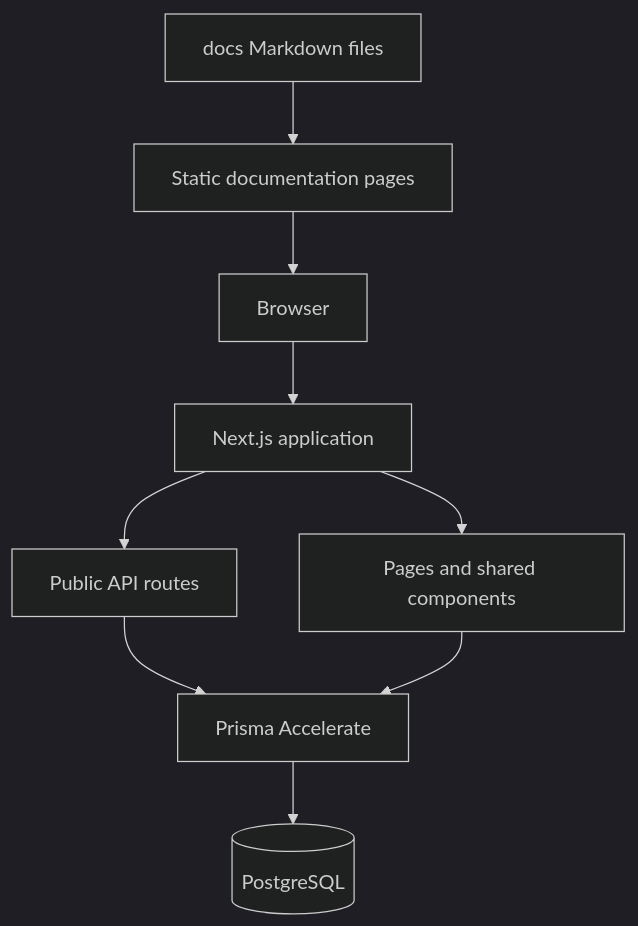
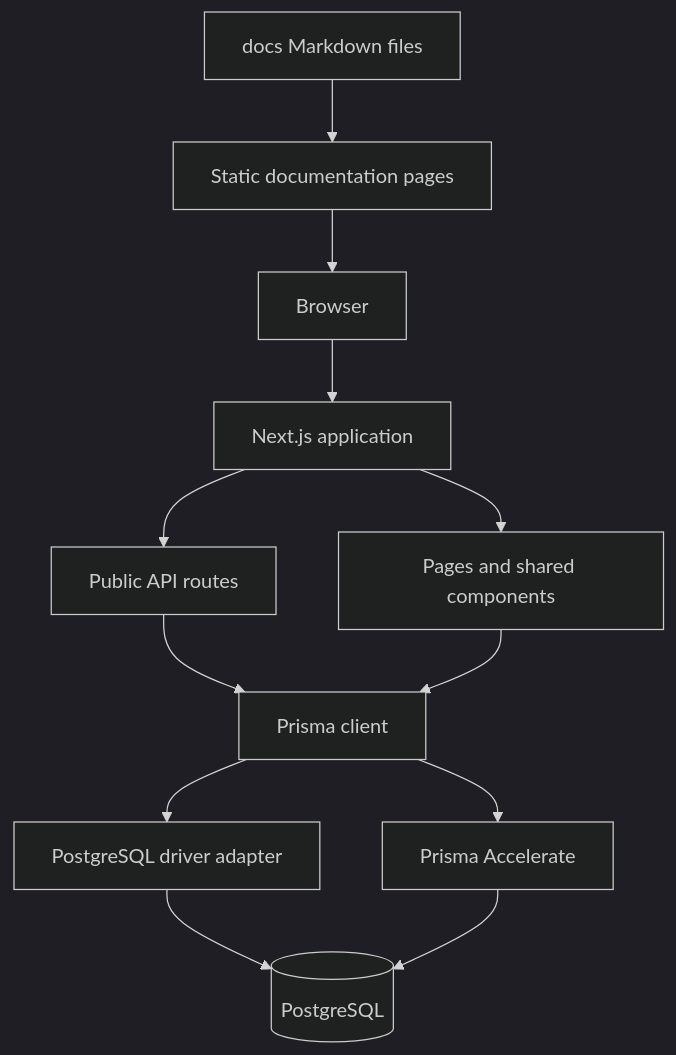
Before and after one commit to nicholasadamou/youbuildit.dev: the first of 4 diagrams in docs/architecture.md, drawn with Mermaid (dark theme). The commit also changed other lines of this file and 13 other files, not shown here.

Commit message:
docs: expand guides with diagrams and highlighted examples

````diff
--- a/docs/architecture.md
+++ b/docs/architecture.md
@@ -13,11 +13,14 @@
 ```mermaid
 flowchart TD
   Browser[Browser] --> Next[Next.js application]
   Next --> Pages[Pages and shared components]
   Next --> API[Public API routes]
-  API --> Prisma[Prisma Accelerate]
+  API --> Prisma[Prisma client]
   Pages --> Prisma
-  Prisma --> DB[(PostgreSQL)]
+  Prisma --> Direct[PostgreSQL driver adapter]
+  Prisma --> Accelerate[Prisma Accelerate]
+  Direct --> DB[(PostgreSQL)]
+  Accelerate --> DB
   Markdown[docs Markdown files] --> Docs[Static documentation pages]
   Docs --> Browser
 ```
````
